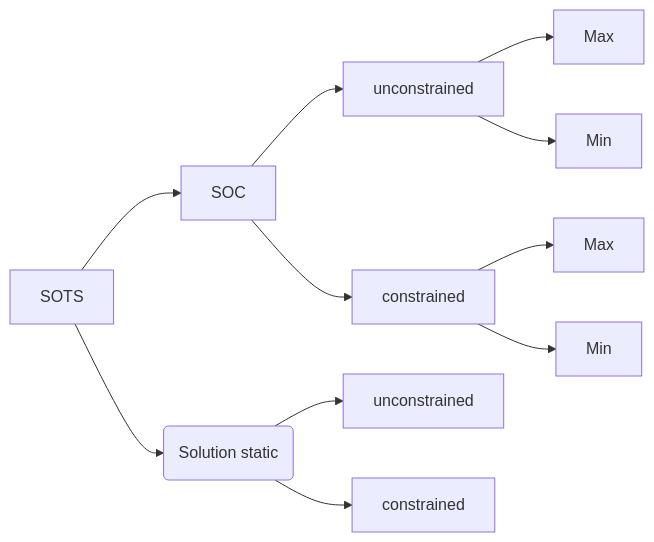
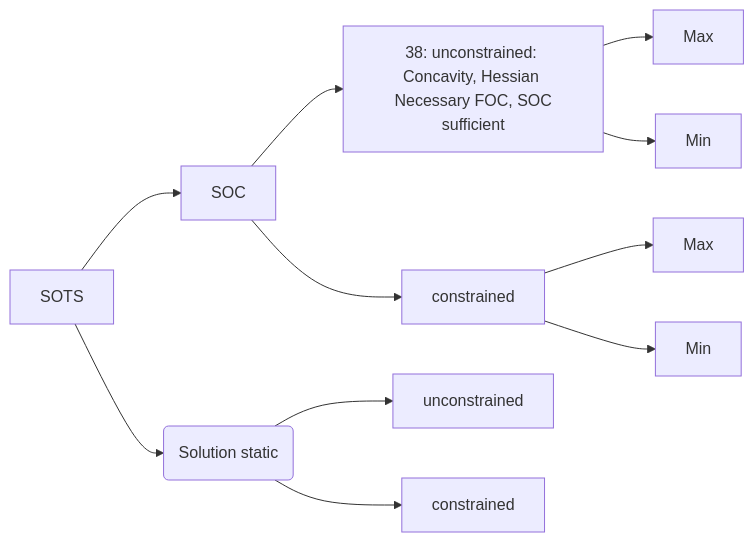
One commit to snowdj/great-waterfall changed the first of 2 diagrams in _posts/2016-11-16-econ350-test8.md. Above: the diagram before and after it, drawn with Mermaid.

```diff
--- a/_posts/2016-11-16-econ350-test8.md
+++ b/_posts/2016-11-16-econ350-test8.md
@@ -15,13 +15,13 @@
 <div class="mermaid">
  graph LR
      SOTS-->SOC
      SOTS-->id1(Solution static)
-     SOC-->id3[unconstrained]
+     SOC-->id3[38: unconstrained: <br> Concavity, Hessian  <br> Necessary FOC, SOC sufficient]
      SOC-->id4[constrained]
      id3-->id5[Max]
      id3-->id6[Min]
      id4-->Max
      id4-->Min
      id1-->unconstrained
      id1-->constrained
  </div>
```
